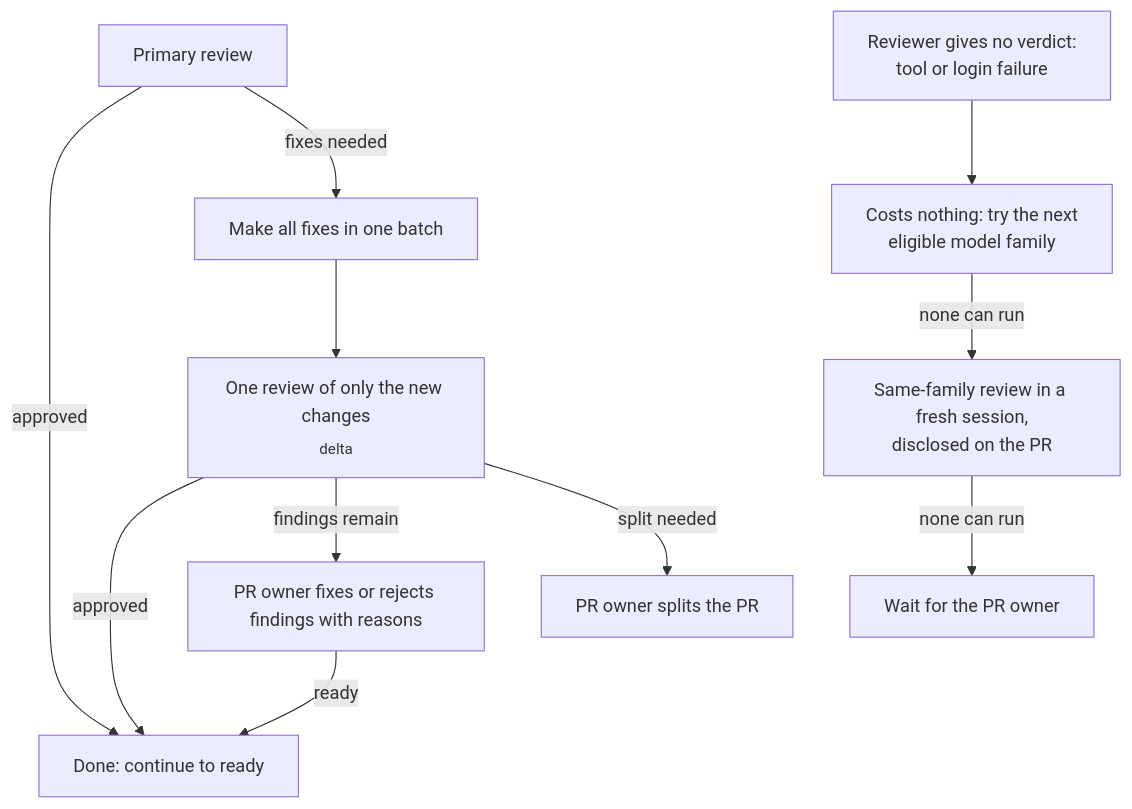
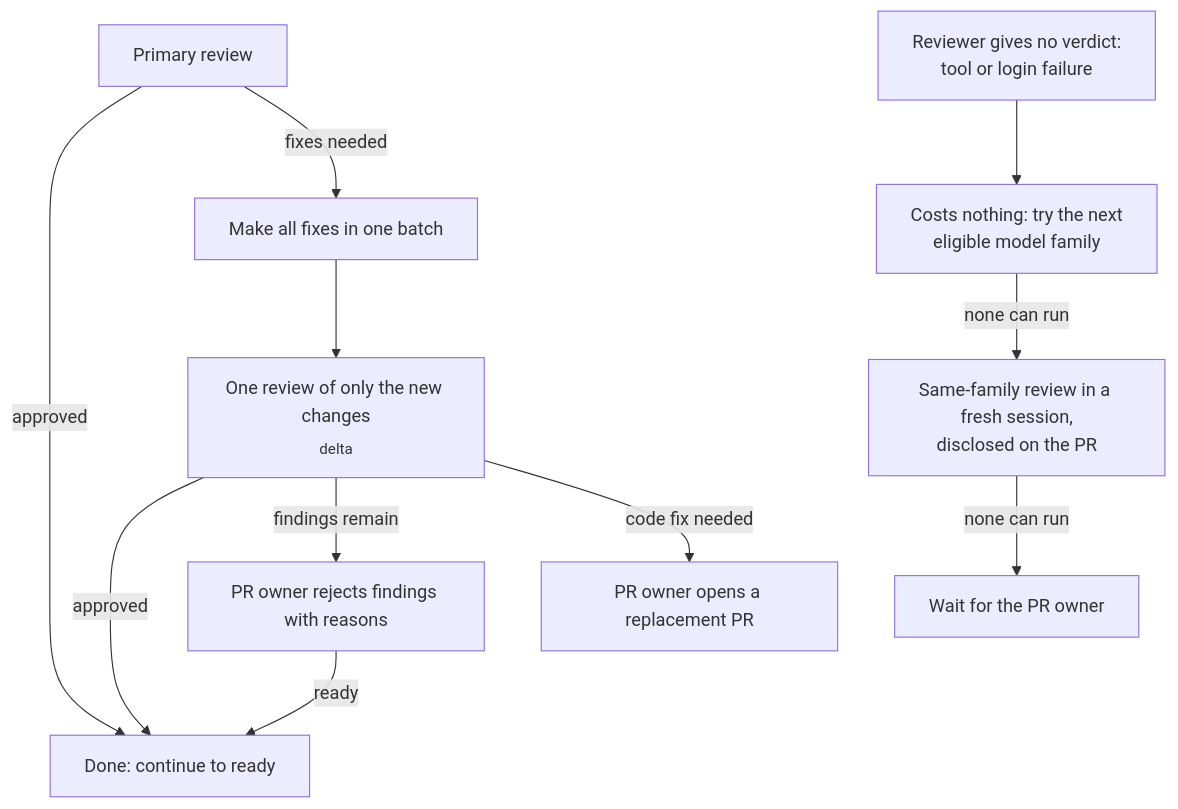
Before and after one commit to feder-positronics/loop-zero: the second of 3 diagrams in docs/WORKFLOW.md, drawn with Mermaid. The commit also changed other lines of this file and 6 other files, not shown here.

````diff
--- a/docs/WORKFLOW.md
+++ b/docs/WORKFLOW.md
@@ -36,13 +38,13 @@
 ```mermaid
 flowchart TD
     A["Primary review"] -->|approved| Z["Done: continue to ready"]
     A -->|fixes needed| B["Make all fixes in one batch"]
     B --> C["One review of only the new changes<br/><sub>delta</sub>"]
     C -->|approved| Z
-    C -->|findings remain| D["PR owner fixes or rejects findings with reasons"]
+    C -->|findings remain| D["PR owner rejects findings with reasons"]
     D -->|ready| Z
-    C -->|split needed| E["PR owner splits the PR"]
+    C -->|code fix needed| E["PR owner opens a replacement PR"]
     G["Reviewer gives no verdict:<br/>tool or login failure"] --> H["Costs nothing: try the next<br/>eligible model family"]
     H -->|none can run| J["Same-family review in a fresh session,<br/>disclosed on the PR"]
     J -->|none can run| I["Wait for the PR owner"]
 ```
````
